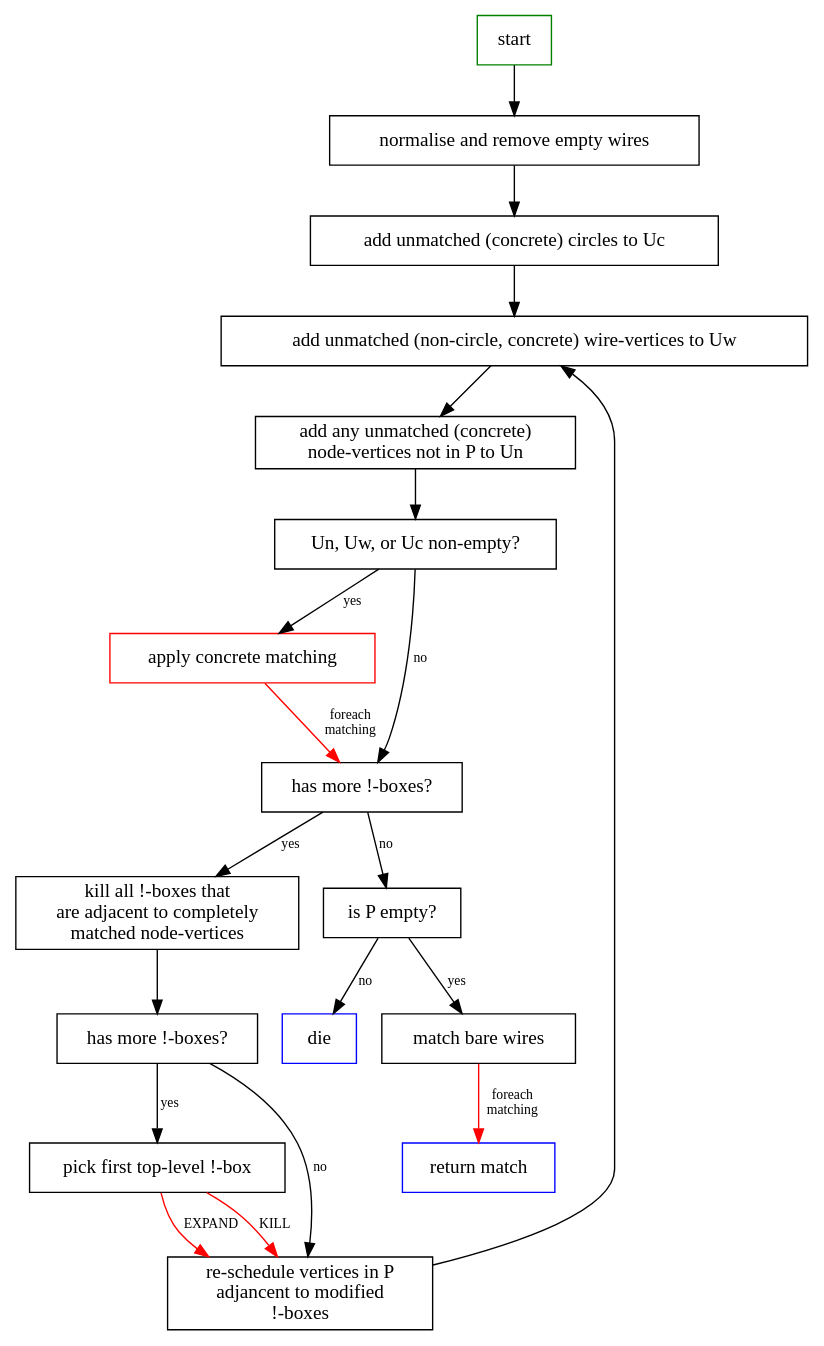
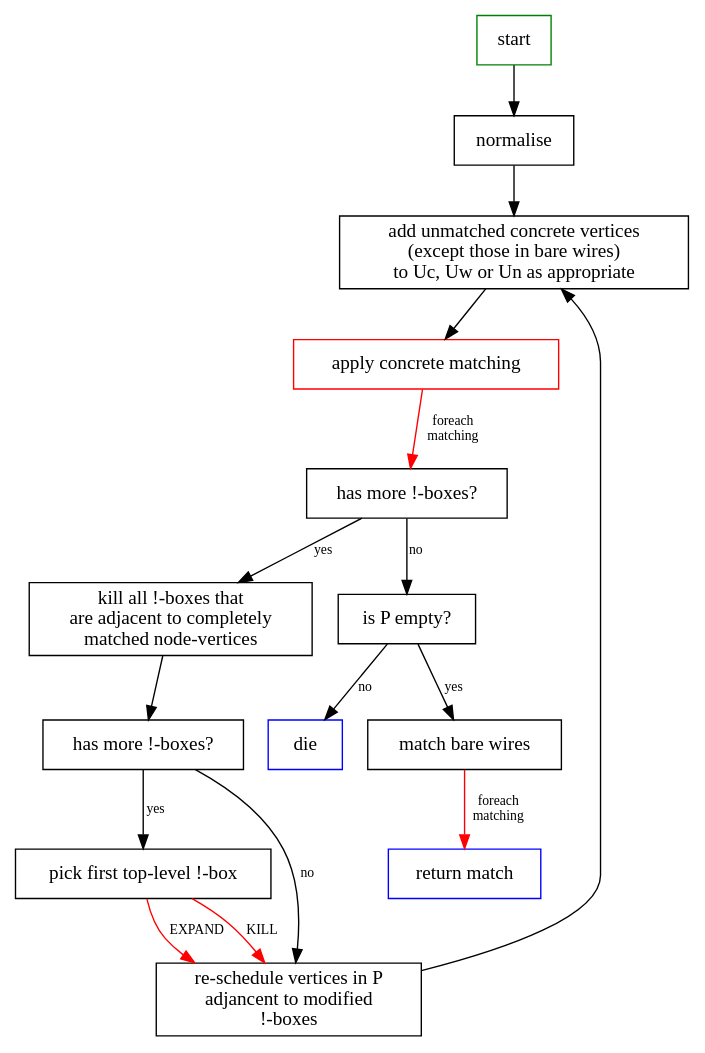
One commit to zxcalc/quantomatic changed the diagram in docs/matching_algo/pattern_part.dot. Above: the diagram before and after it, drawn with Graphviz.

Commit message:
Correct and simplify pattern-graph matching algorithm

```diff
--- a/docs/matching_algo/pattern_part.dot
+++ b/docs/matching_algo/pattern_part.dot
@@ -1,37 +1,32 @@
 digraph {
     node [shape=box]
     edge [fontsize=10]
     
     start [color=green]
-    normalise [label="normalise and remove empty wires"]
-    addcircles [label="add unmatched (concrete) circles to Uc"]
-    addwires [label="add unmatched (non-circle, concrete) wire-vertices to Uw"]
-    addnodes [label="add any unmatched (concrete)\nnode-vertices not in P to Un"]
-    unmatched [label="Un, Uw, or Uc non-empty?"]
+    normalise [label="normalise"]
+    addunmatched [label="add unmatched concrete vertices\n(except those in bare wires)\nto Uc, Uw or Un as appropriate"]
     match [label="apply concrete matching",color=red]
     morebang [label="has more !-boxes?"]
     morebang1 [label="has more !-boxes?"]
     pickbang [label="pick first top-level !-box"]
     schedule [label="re-schedule vertices in P\nadjancent to modified\n!-boxes"]
     killcomplete [label="kill all !-boxes that\nare adjacent to completely\nmatched node-vertices"]
     nopartial [label="is P empty?"]
     die [label=die,color=blue]
     emptywires [label="match bare wires"]
     done [label="return match",color=blue]
     
-    start -> normalise -> addcircles -> addwires -> addnodes -> unmatched
-    unmatched -> match [label=yes]
-    unmatched -> morebang [label=no]
+    start -> normalise -> addunmatched -> match
     match -> morebang [label="foreach\nmatching",color=red]
     morebang -> killcomplete [label=yes]
     killcomplete -> morebang1
     morebang1 -> pickbang [label=yes]
     morebang1 -> schedule [label=no]
     pickbang -> schedule [label="EXPAND",color=red]
     pickbang -> schedule [label="KILL",color=red]
-    schedule -> addwires
+    schedule -> addunmatched
     morebang -> nopartial [label=no]
     nopartial -> emptywires [label=yes]
     nopartial -> die [label=no]
     emptywires -> done [label="foreach\nmatching",color=red]
 }
```
